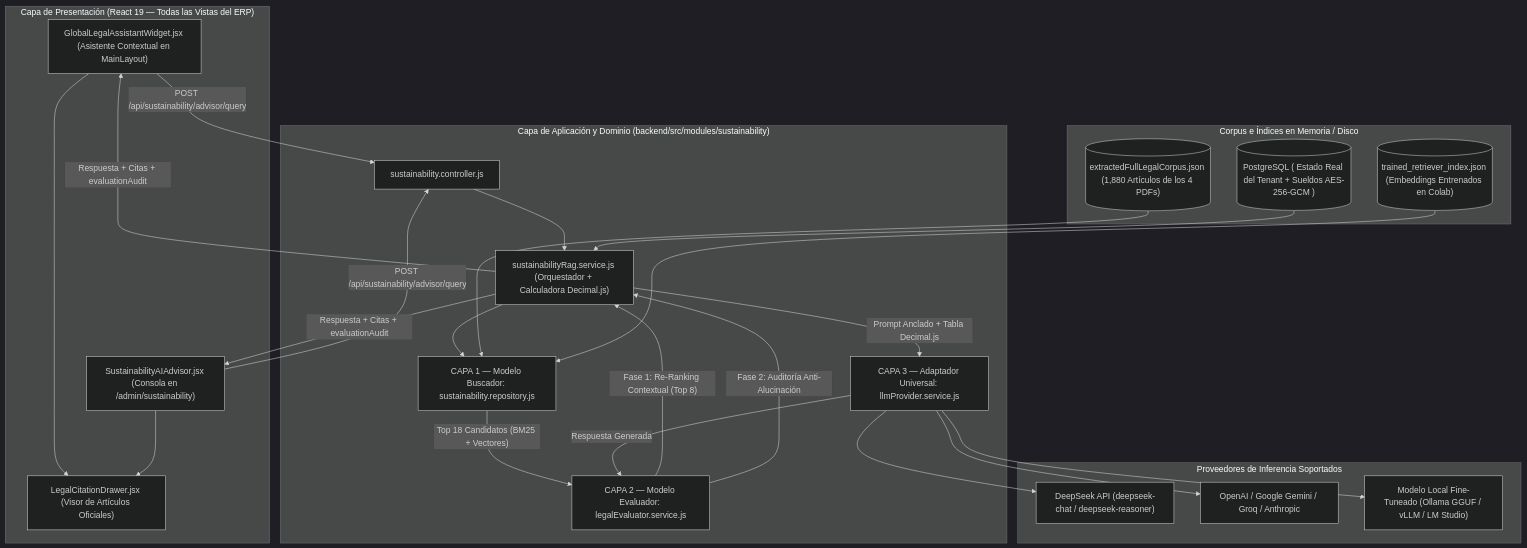
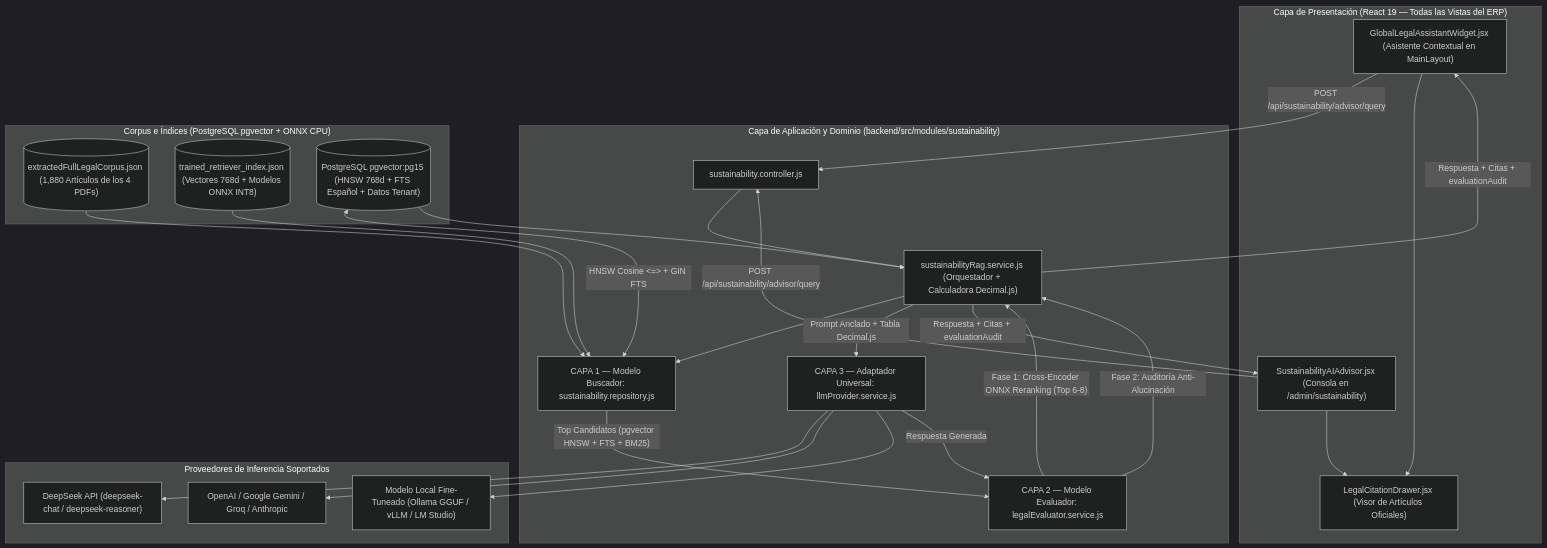
One commit to JorgeDoicela/erp_pymes changed the first of 2 diagrams in docs/09-sostenibilidad-ods/04-asistente-ia-rag-y-fine-tuning-slm.md. Above: the diagram before and after it, drawn with Mermaid (dark theme). The commit also changed other lines of this file and 45 other files, not shown here.

Commit message:
feat(ai-rag,whatsapp): deploy pgvector HNSW 768d, live QUInt8 ONNX retrieval and WhatsApp 2FA skills

````diff
--- a/docs/09-sostenibilidad-ods/04-asistente-ia-rag-y-fine-tuning-slm.md
+++ b/docs/09-sostenibilidad-ods/04-asistente-ia-rag-y-fine-tuning-slm.md
@@ -38,42 +38,43 @@
 ```mermaid
 flowchart TD
     subgraph Cliente["Capa de Presentación (React 19 — Todas las Vistas del ERP)"]
         GlobalWidget["GlobalLegalAssistantWidget.jsx (Asistente Contextual en MainLayout)"]
         MainConsole["SustainabilityAIAdvisor.jsx (Consola en /admin/sustainability)"]
         Drawer["LegalCitationDrawer.jsx (Visor de Artículos Oficiales)"]
     end
 
     subgraph Orquestacion["Capa de Aplicación y Dominio (backend/src/modules/sustainability)"]
         Controller["sustainability.controller.js"]
         RagOrchestrator["sustainabilityRag.service.js (Orquestador + Calculadora Decimal.js)"]
         Retriever["CAPA 1 — Modelo Buscador: sustainability.repository.js"]
         Evaluator["CAPA 2 — Modelo Evaluador: legalEvaluator.service.js"]
         LlmAdapter["CAPA 3 — Adaptador Universal: llmProvider.service.js"]
     end
 
-    subgraph Datos["Corpus e Índices en Memoria / Disco"]
+    subgraph Datos["Corpus e Índices (PostgreSQL pgvector + ONNX CPU)"]
         PdfJson[("extractedFullLegalCorpus.json (1,880 Artículos de los 4 PDFs)")]
-        ColabVectors[("trained_retriever_index.json (Embeddings Entrenados en Colab)")]
-        PrismaDB[("PostgreSQL ( Estado Real del Tenant + Sueldos AES-256-GCM )")]
+        ColabVectors[("trained_retriever_index.json (Vectores 768d + Modelos ONNX INT8)")]
+        PrismaDB[("PostgreSQL pgvector:pg15 (HNSW 768d + FTS Español + Datos Tenant)")]
     end
 
     subgraph MotoresInferencia["Proveedores de Inferencia Soportados"]
         DeepSeek["DeepSeek API (deepseek-chat / deepseek-reasoner)"]
         CloudProviders["OpenAI / Google Gemini / Groq / Anthropic"]
         LocalFineTuned["Modelo Local Fine-Tuneado (Ollama GGUF / vLLM / LM Studio)"]
     end
 
     GlobalWidget & MainConsole -->|"POST /api/sustainability/advisor/query"| Controller
     Controller --> RagOrchestrator
     RagOrchestrator --> Retriever
     PdfJson & ColabVectors --> Retriever
+    PrismaDB <-->|"HNSW Cosine <=> + GIN FTS"| Retriever
     PrismaDB --> RagOrchestrator
-    Retriever -->|"Top 18 Candidatos (BM25 + Vectores)"| Evaluator
-    Evaluator -->|"Fase 1: Re-Ranking Contextual (Top 8)"| RagOrchestrator
+    Retriever -->|"Top Candidatos (pgvector HNSW + FTS + BM25)"| Evaluator
+    Evaluator -->|"Fase 1: Cross-Encoder ONNX Reranking (Top 6-8)"| RagOrchestrator
     RagOrchestrator -->|"Prompt Anclado + Tabla Decimal.js"| LlmAdapter
     LlmAdapter --> DeepSeek & CloudProviders & LocalFineTuned
     LlmAdapter -->|"Respuesta Generada"| Evaluator
     Evaluator -->|"Fase 2: Auditoría Anti-Alucinación"| RagOrchestrator
     RagOrchestrator -->|"Respuesta + Citas + evaluationAudit"| GlobalWidget & MainConsole
     GlobalWidget & MainConsole --> Drawer
 ```
````
